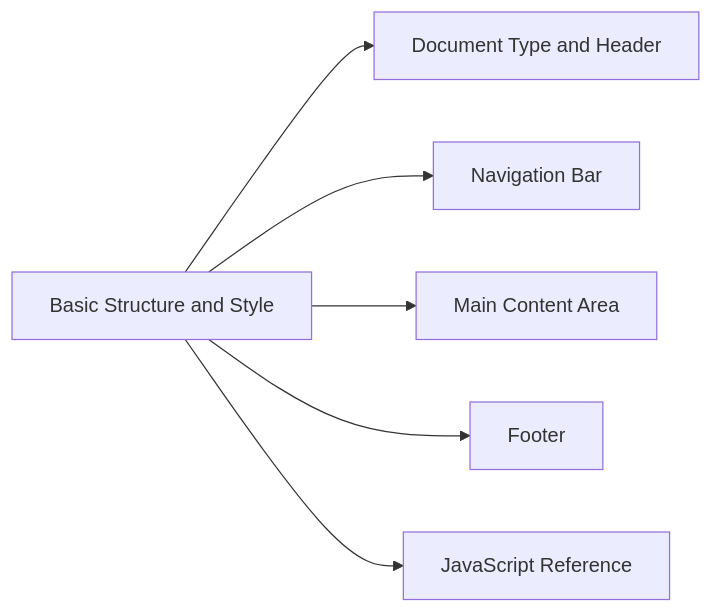
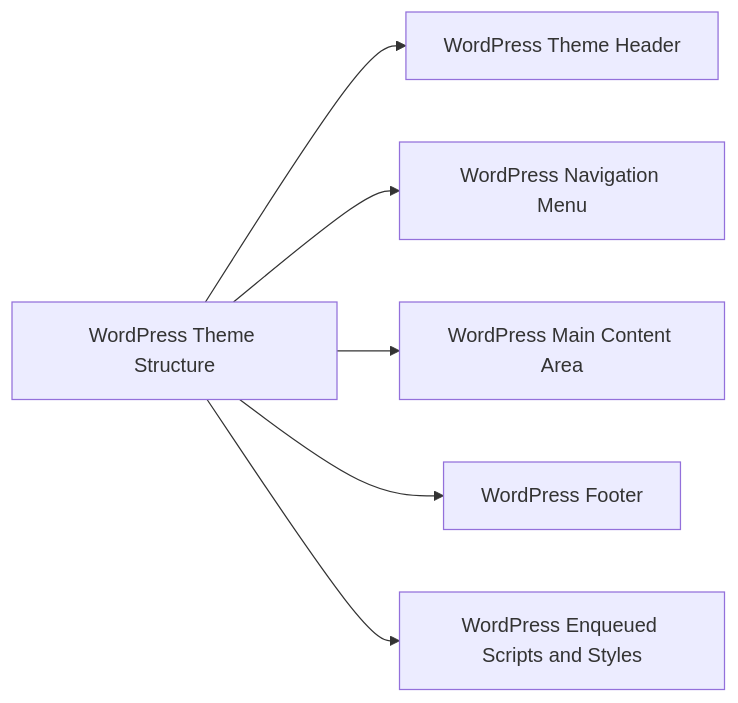
The first of 9 diagrams in experiment-and-design/2-bti-architecture.md (BTI-US/BTI-Gitbook), drawn with Mermaid before and after one commit. The commit also changed other lines of this file and 5 other files, not shown here.

````diff
--- a/experiment-and-design/2-bti-architecture.md
+++ b/experiment-and-design/2-bti-architecture.md
@@ -9,15 +9,15 @@
 ```mermaid
 graph LR
-    A[Basic Structure and Style]
-    B[Document Type and Header]
-    C[Navigation Bar]
-    D[Main Content Area]
-    E[Footer]
-    F[JavaScript Reference]
+    A[WordPress Theme Structure]
+    B[WordPress Theme Header]
+    C[WordPress Navigation Menu]
+    D[WordPress Main Content Area]
+    E[WordPress Footer]
+    F[WordPress Enqueued Scripts and Styles]
 
     A --> B
     A --> C
     A --> D
     A --> E
     A --> F
 ```
````
